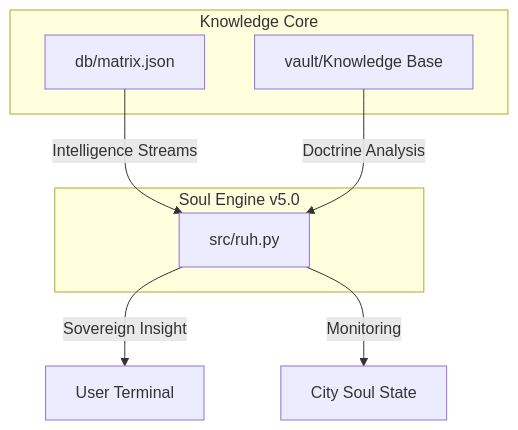
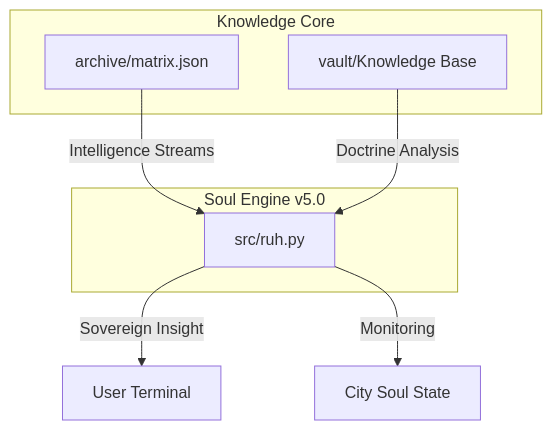
One commit to arch-yunus/words-of-istanbul changed the diagram in README.md. Above: the diagram before and after it, drawn with Mermaid. The commit also changed other lines of this file and 9 other files, not shown here.

````diff
--- a/README.md
+++ b/README.md
@@ -23,16 +23,16 @@
 ```mermaid
 graph TD
-    A[db/matrix.json] -->|Intelligence Streams| B[src/ruh.py]
+    A[archive/matrix.json] -->|Intelligence Streams| B[src/ruh.py]
     C[vault/Knowledge Base] -->|Doctrine Analysis| B
     B -->|Sovereign Insight| D[User Terminal]
     B -->|Monitoring| E[City Soul State]
     
     subgraph "Knowledge Core"
     C
     A
     end
     
     subgraph "Soul Engine v5.0"
     B
     end
 ```
````
